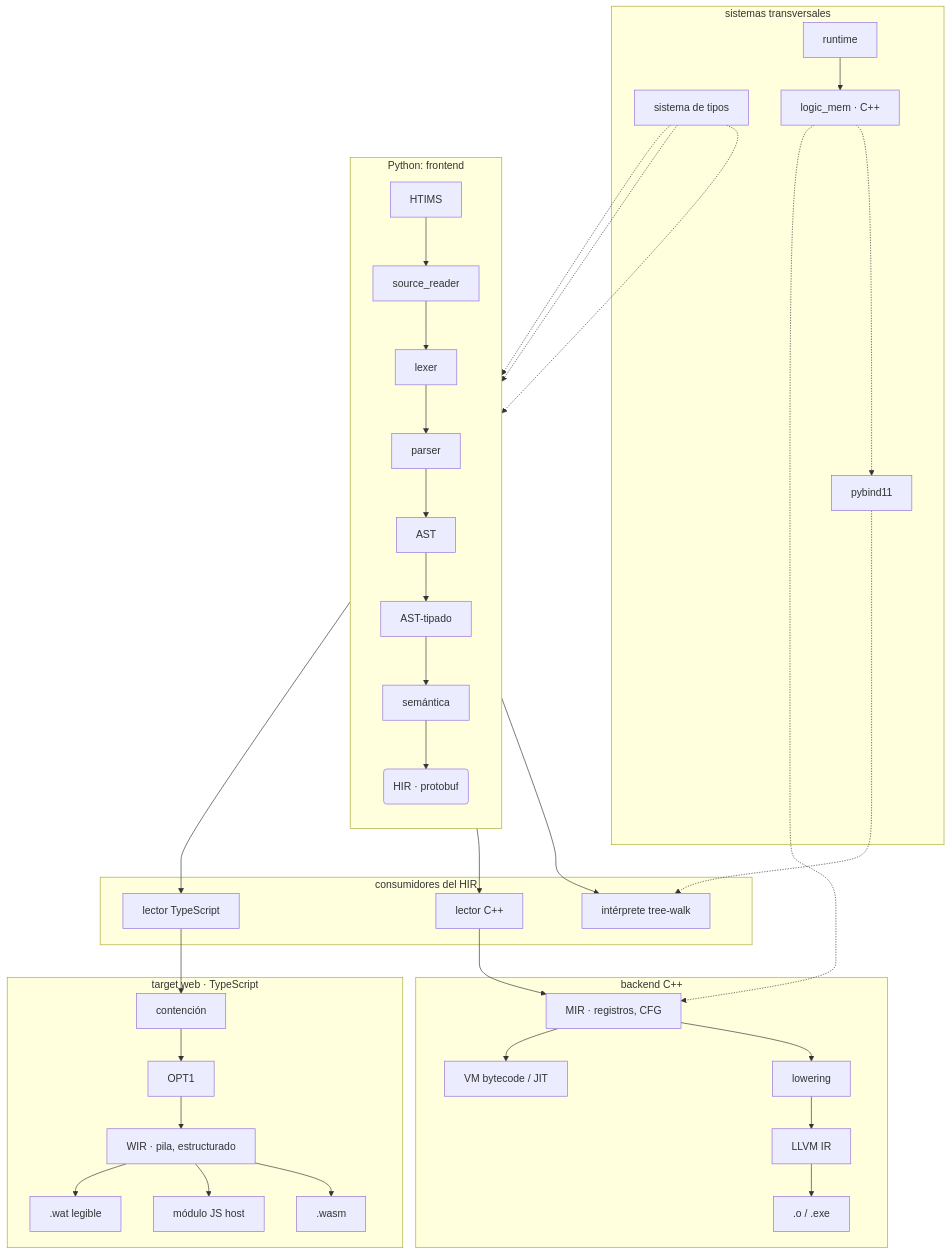
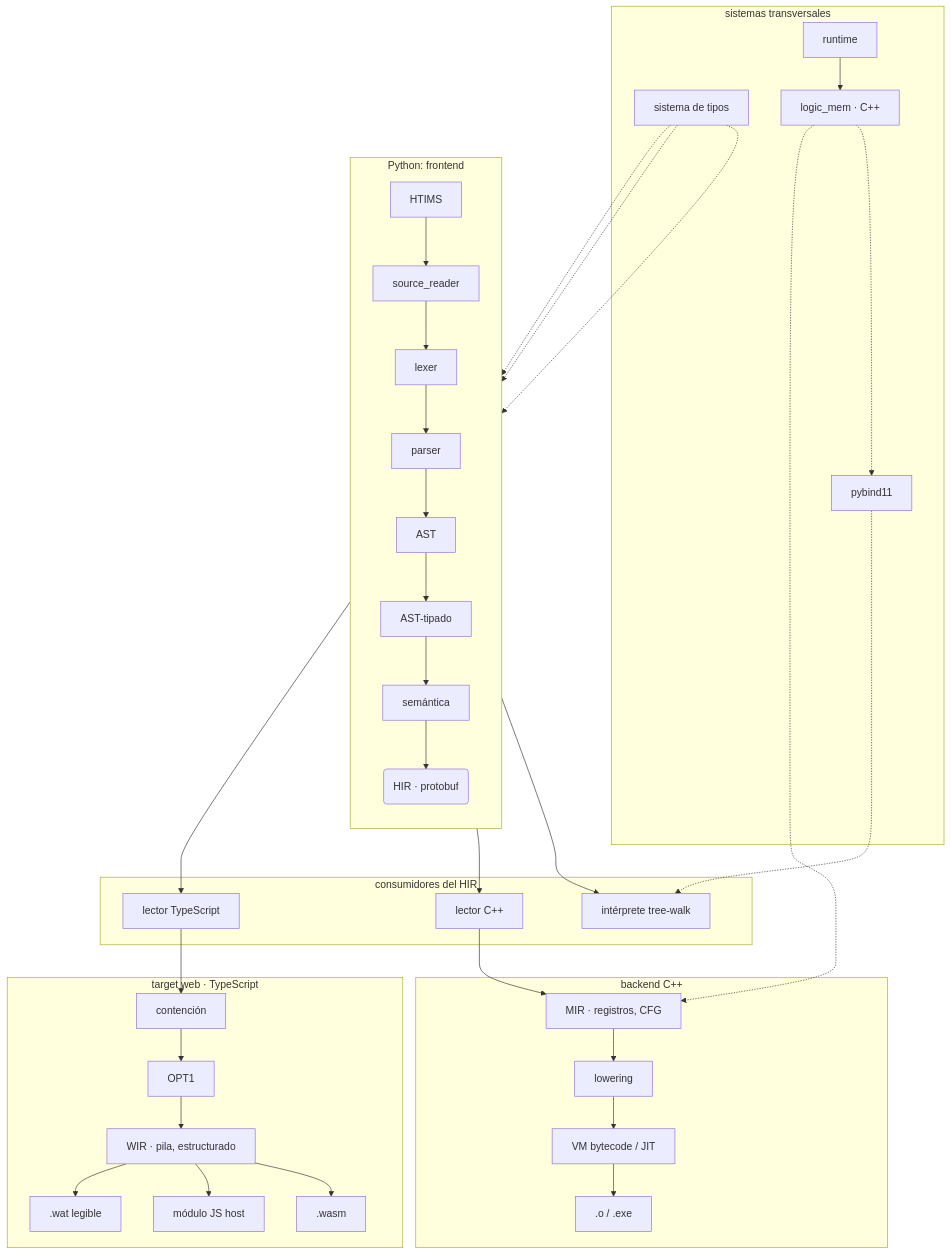
One commit to samue1-pineda/suriaX changed the diagram in ARCHITECTURE.md. Above: the diagram before and after it, drawn with Mermaid. The commit also changed other lines of this file and 203 other files, not shown here.

````diff
--- a/ARCHITECTURE.md
+++ b/ARCHITECTURE.md
@@ -15,47 +15,46 @@
 ```mermaid
 graph TD
 
 subgraph Python_Frontend [Python: frontend]
 direction TB
 HTIMS-->SR
 SR[source_reader]-->lexer;
 lexer-->parser;
 parser-->AST;
 AST-->Typed_AST[AST-tipado];
 Typed_AST-->semantic[semántica]
 semantic-->HIR(HIR · protobuf)
 end
 
 subgraph HIR_consumers [consumidores del HIR]
 HIR --> interpreter[intérprete tree-walk]
 HIR --> HIR_cpp[lector C++]
 HIR --> HIR_web[lector TypeScript]
 end
 
 subgraph Cpp_backend [backend C++]
 HIR_cpp --> MIR[MIR · registros, CFG]
 MIR --> lowering
-lowering --> LLVM_IR[LLVM IR]
-LLVM_IR --> nativo[.o / .exe]
-MIR --> VM_JIT[VM bytecode / JIT]
+lowering --> VM_JIT[VM bytecode / JIT]
+VM_JIT --> nativo[.o / .exe]
 end
 
 subgraph Web_target [target web · TypeScript]
 HIR_web --> contencion[contención]
 contencion --> DCE[OPT1]
 DCE --> WIR[WIR · pila, estructurado]
 WIR --> wasm[.wasm]
 WIR --> js[módulo JS host]
 WIR --> wat[.wat legible]
 end
 
 subgraph decoupled [sistemas transversales]
 type_system[sistema de tipos] -.-> Typed_AST
 type_system -.-> semantic
 type_system -.-> HIR
 runtime[runtime] --> memory_logic[logic_mem · C++]
 memory_logic -.-> pybind11
 pybind11 -.-> interpreter
 memory_logic -.-> MIR
 end
 ```
````
